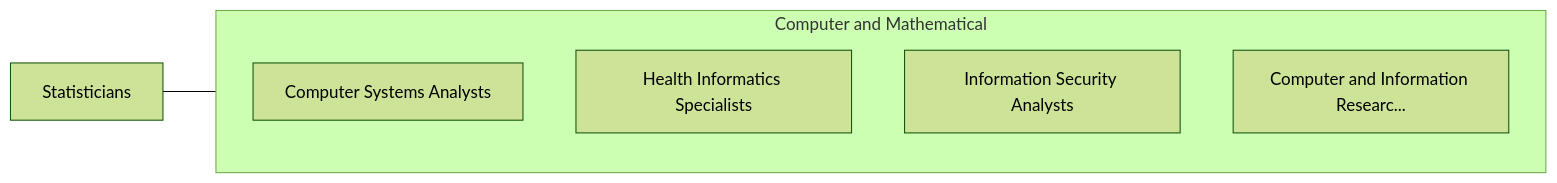
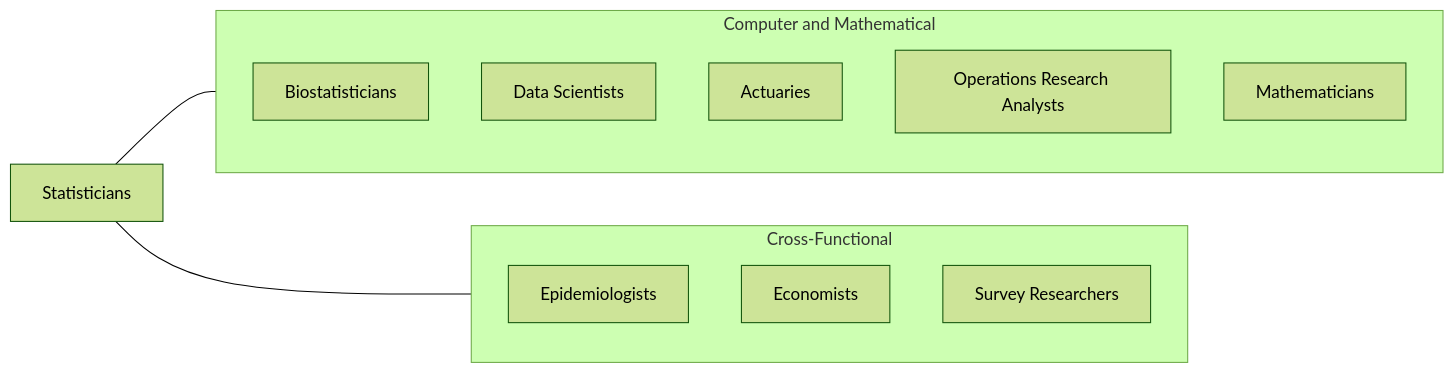
One commit to kziemski/business.org.ai changed the third of 4 diagrams in occupations/Technology/Statisticians.mdx. Above: the diagram before and after it, drawn with Mermaid (forest theme). The commit also changed other lines of this file and 938 other files, not shown here.

````diff
--- a/occupations/Technology/Statisticians.mdx
+++ b/occupations/Technology/Statisticians.mdx
@@ -108,13 +192,21 @@
 ```mermaid
 graph LR
     Current["Statisticians"]
 
     subgraph SameCategory["Computer and Mathematical"]
-        ComputerSystemsAnaly["Computer Systems Analysts"]
-        HealthInformaticsSpe["Health Informatics Specialists"]
-        InformationSecurityA["Information Security Analysts"]
-        ComputerAndInformati["Computer and Information Researc..."]
+        Biostat["Biostatisticians"]
+        DS["Data Scientists"]
+        Act["Actuaries"]
+        ORA["Operations Research Analysts"]
+        Math["Mathematicians"]
+    end
+
+    subgraph CrossFunctional["Cross-Functional"]
+        Epi["Epidemiologists"]
+        Econ["Economists"]
+        SR["Survey Researchers"]
     end
 
     Current --- SameCategory
+    Current --- CrossFunctional
 ```
````
